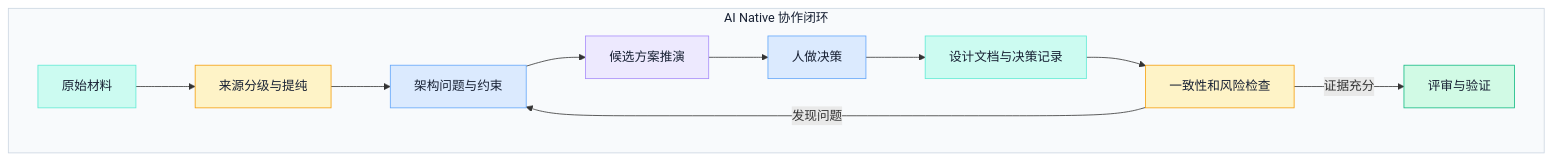
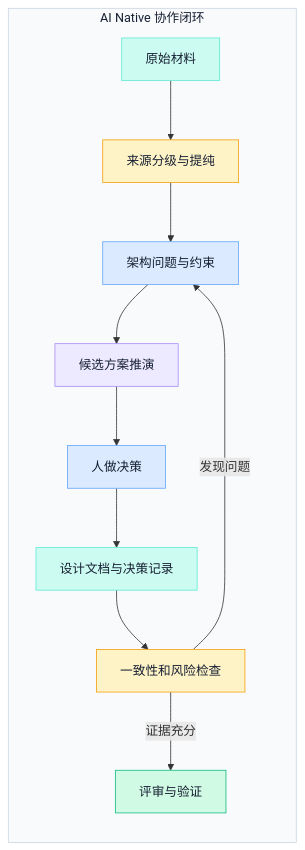
Before and after one commit to ink-hz/AI-Agent-Platform: the first of 2 diagrams in backend/app/ai_notes/content/05-thinking-and-methods/01-ai-native-architecture-design.md, drawn with Mermaid. The commit also changed other lines of this file and 3 other files, not shown here.

Commit message:
content: refine Mermaid diagrams for continuous reading

````diff
--- a/backend/app/ai_notes/content/05-thinking-and-methods/01-ai-native-architecture-design.md
+++ b/backend/app/ai_notes/content/05-thinking-and-methods/01-ai-native-architecture-design.md
@@ -24,26 +24,29 @@
 ```mermaid
-flowchart TB
+flowchart LR
+    accTitle: AI Native 架构协作闭环
+    accDescr: 原始材料经过来源提纯、问题约束、方案推演和人工决策，形成设计记录并持续检查、评审和回流。
+
     subgraph COLLAB["AI Native 协作闭环"]
         A["原始材料"] --> B["来源分级与提纯"]
         B --> C["架构问题与约束"]
         C --> D["候选方案推演"]
         D --> E["人做决策"]
         E --> F["设计文档与决策记录"]
         F --> G["一致性和风险检查"]
         G -->|"发现问题"| C
         G -->|"证据充分"| H["评审与验证"]
     end
 
     classDef input fill:#DBEAFE,stroke:#60A5FA,color:#172033
     classDef model fill:#EDE9FE,stroke:#A78BFA,color:#172033
     classDef data fill:#CCFBF1,stroke:#5EEAD4,color:#172033
     classDef policy fill:#FEF3C7,stroke:#F59E0B,color:#172033
     classDef success fill:#D1FAE5,stroke:#10B981,color:#172033
 
     class A,F data
     class C,E input
     class D model
     class B,G policy
     class H success
     style COLLAB fill:#F8FAFC,stroke:#CBD5E1,color:#172033
 ```
````
